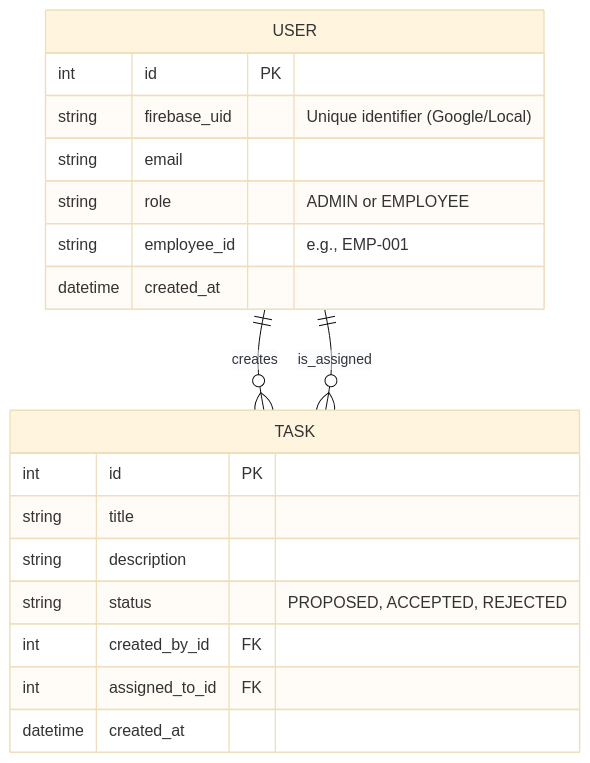
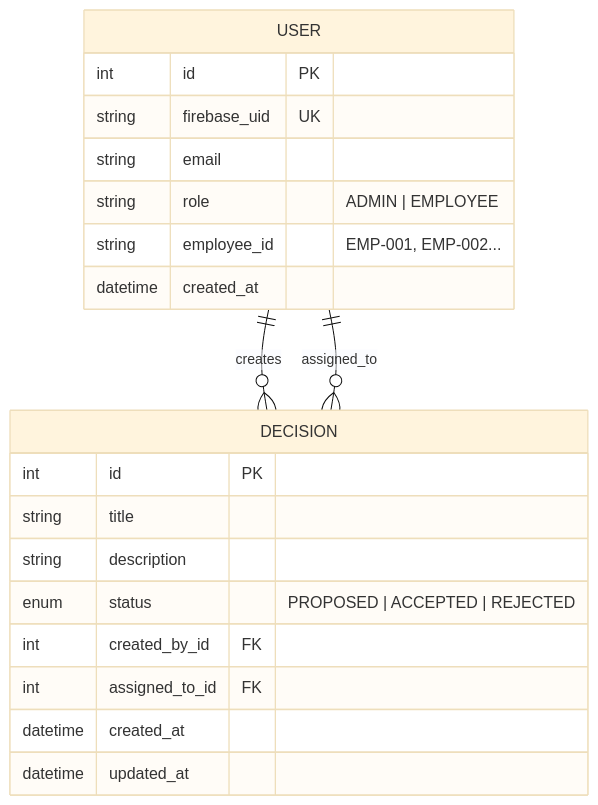
The fourth of 4 diagrams in README.md (Jax-2207/Task-Manager-Employee-Task-Decision-System-), drawn with Mermaid (base theme) before and after one commit. The commit also changed other lines of this file and 4 other files, not shown here.

````diff
--- a/README.md
+++ b/README.md
@@ -127,24 +123,25 @@
 ```mermaid
 erDiagram
     USER {
         int id PK
-        string firebase_uid "Unique identifier (Google/Local)"
+        string firebase_uid UK
         string email
-        string role "ADMIN or EMPLOYEE"
-        string employee_id "e.g., EMP-001"
+        string role "ADMIN | EMPLOYEE"
+        string employee_id "EMP-001, EMP-002..."
         datetime created_at
     }
     
-    TASK {
+    DECISION {
         int id PK
         string title
         string description
-        string status "PROPOSED, ACCEPTED, REJECTED"
+        enum status "PROPOSED | ACCEPTED | REJECTED"
         int created_by_id FK
         int assigned_to_id FK
         datetime created_at
+        datetime updated_at
     }
 
-    USER ||--o{ TASK : creates
-    USER ||--o{ TASK : is_assigned
+    USER ||--o{ DECISION : creates
+    USER ||--o{ DECISION : assigned_to
 ```
````
